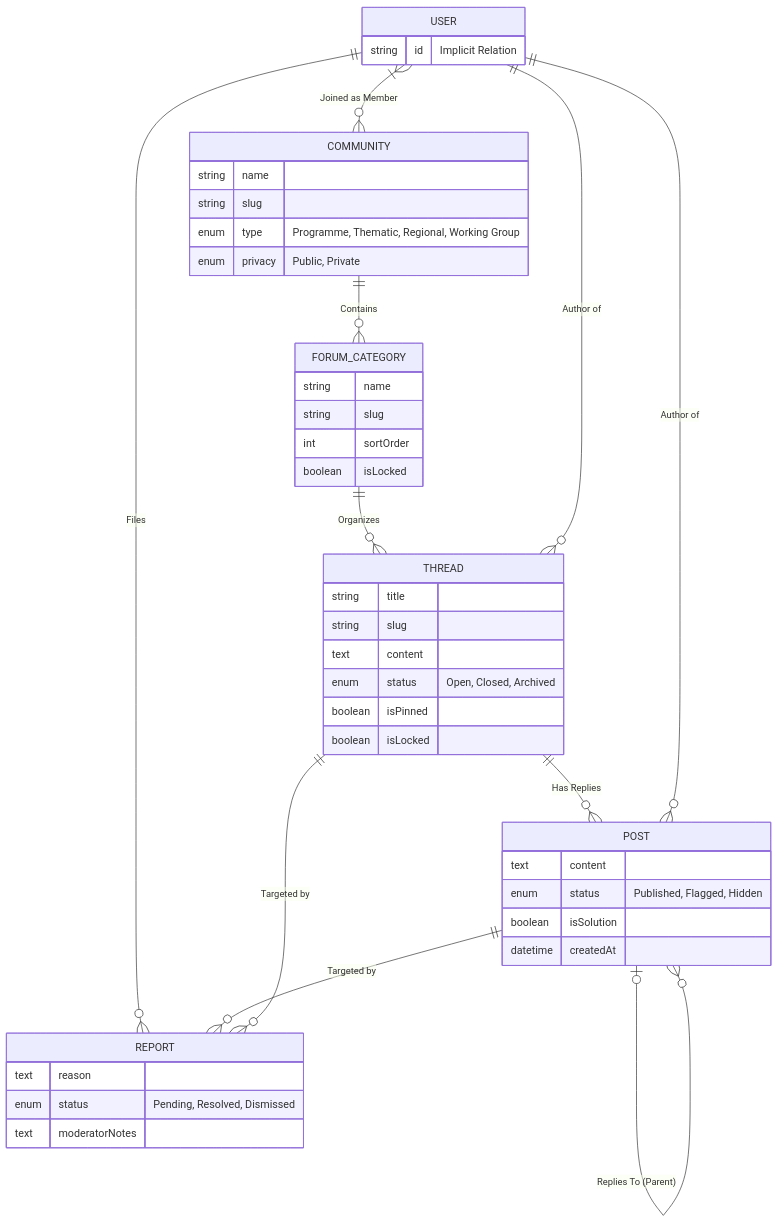
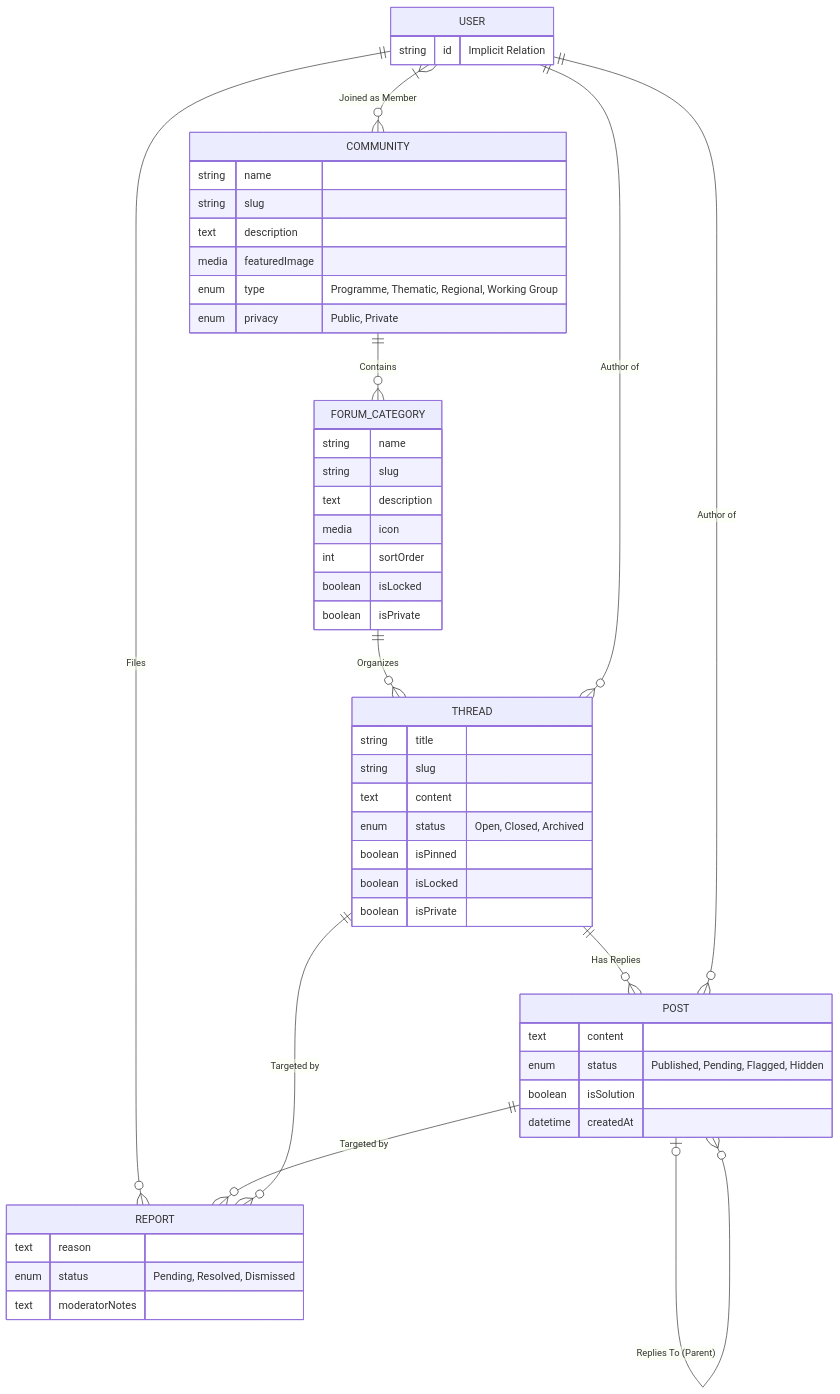
One commit to akvo/science-for-africa changed the third of 4 diagrams in agent_docs/architecture.md. Above: the diagram before and after it, drawn with Mermaid. The commit also changed other lines of this file, not shown here.

Commit message:
[#2] docs: ensure strictly 100% alignment of ERD with all properties from Figma and Google Docs

````diff
--- a/agent_docs/architecture.md
+++ b/agent_docs/architecture.md
@@ -180,57 +218,63 @@
 ```mermaid
 erDiagram
     COMMUNITY {
         string name
         string slug
+        text description
+        media featuredImage
         enum type "Programme, Thematic, Regional, Working Group"
         enum privacy "Public, Private"
     }
 
     FORUM_CATEGORY {
         string name
         string slug
+        text description
+        media icon
         int sortOrder
         boolean isLocked
+        boolean isPrivate
     }
 
     THREAD {
         string title
         string slug
         text content
         enum status "Open, Closed, Archived"
         boolean isPinned
         boolean isLocked
+        boolean isPrivate
     }
 
     POST {
         text content
-        enum status "Published, Flagged, Hidden"
+        enum status "Published, Pending, Flagged, Hidden"
         boolean isSolution
         datetime createdAt
     }
 
     REPORT {
         text reason
         enum status "Pending, Resolved, Dismissed"
         text moderatorNotes
     }
 
     %% Core Entity References
     USER {
         string id "Implicit Relation"
     }
 
     %% Relationships
     USER }|--o{ COMMUNITY : "Joined as Member"
     COMMUNITY ||--o{ FORUM_CATEGORY : "Contains"
     FORUM_CATEGORY ||--o{ THREAD : "Organizes"
     THREAD ||--o{ POST : "Has Replies"
     POST |o--o{ POST : "Replies To (Parent)"
 
     USER ||--o{ THREAD : "Author of"
     USER ||--o{ POST : "Author of"
 
     USER ||--o{ REPORT : "Files"
     POST ||--o{ REPORT : "Targeted by"
     THREAD ||--o{ REPORT : "Targeted by"
 ```
````
